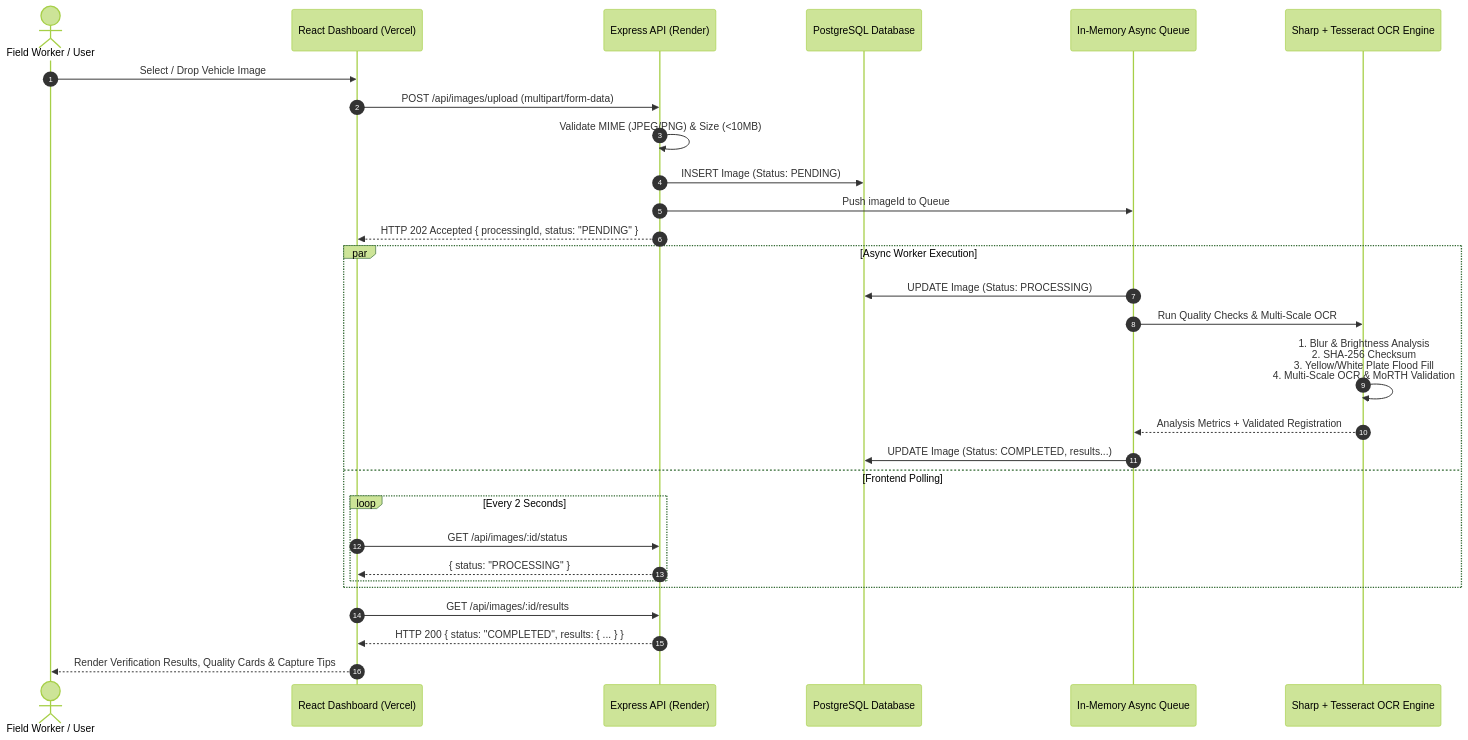
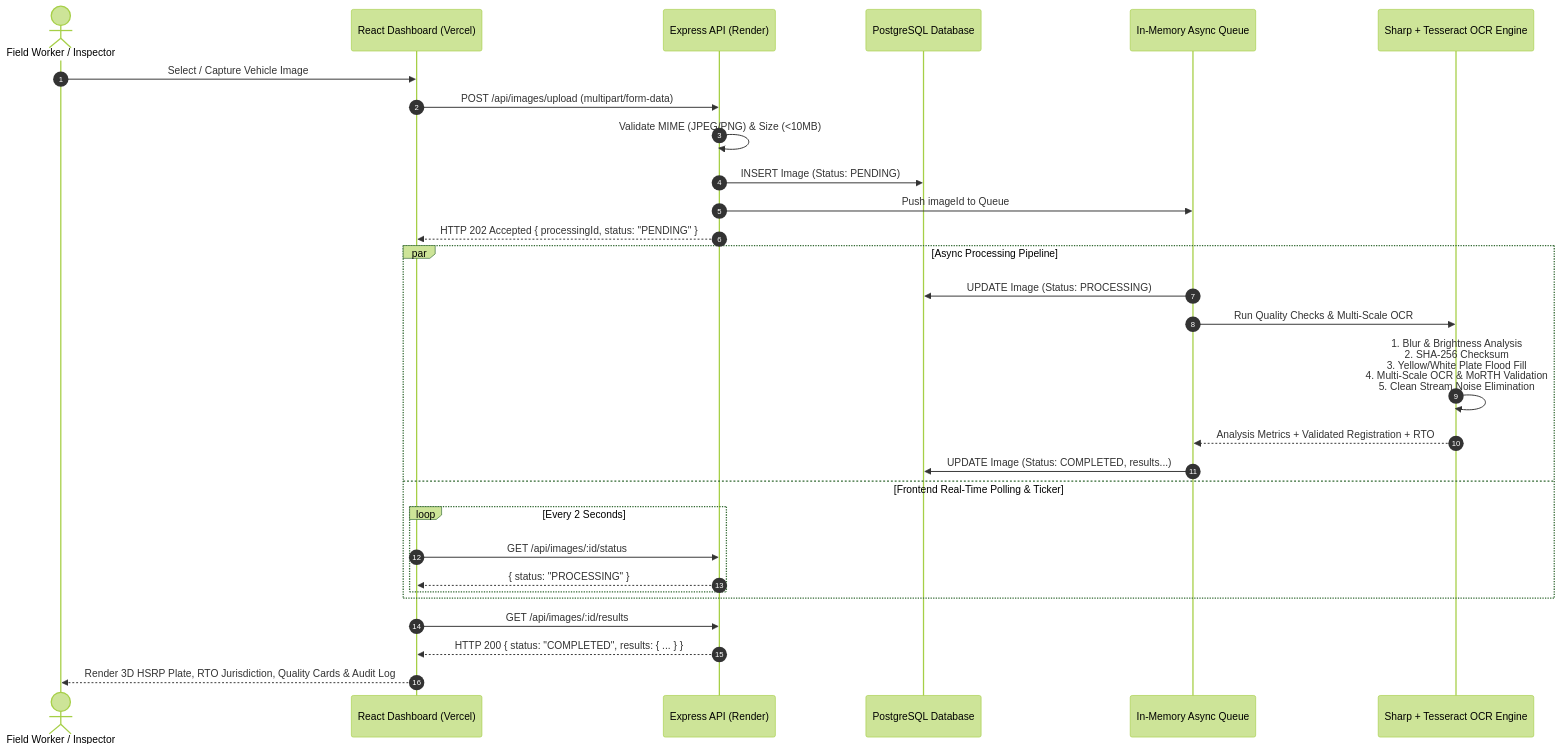
The diagram in README.md (PranathiReganti/FieldSight), drawn with Mermaid (forest theme) before and after one commit. The commit also changed other lines of this file, not shown here.

Commit message:
docs: update comprehensive README with all features, architecture, and deployment docs

````diff
--- a/README.md
+++ b/README.md
@@ -19,34 +53,34 @@
 ```mermaid
 sequenceDiagram
     autonumber
-    actor User as Field Worker / User
+    actor User as Field Worker / Inspector
     participant Frontend as React Dashboard (Vercel)
     participant API as Express API (Render)
     participant DB as PostgreSQL Database
     participant Queue as In-Memory Async Queue
     participant Engine as Sharp + Tesseract OCR Engine
 
-    User->>Frontend: Select / Drop Vehicle Image
+    User->>Frontend: Select / Capture Vehicle Image
     Frontend->>API: POST /api/images/upload (multipart/form-data)
     API->>API: Validate MIME (JPEG/PNG) & Size (<10MB)
     API->>DB: INSERT Image (Status: PENDING)
     API->>Queue: Push imageId to Queue
     API-->>Frontend: HTTP 202 Accepted { processingId, status: "PENDING" }
     
-    par Async Worker Execution
+    par Async Processing Pipeline
         Queue->>DB: UPDATE Image (Status: PROCESSING)
         Queue->>Engine: Run Quality Checks & Multi-Scale OCR
-        Engine->>Engine: 1. Blur & Brightness Analysis<br/>2. SHA-256 Checksum<br/>3. Yellow/White Plate Flood Fill<br/>4. Multi-Scale OCR & MoRTH Validation
-        Engine-->>Queue: Analysis Metrics + Validated Registration
+        Engine->>Engine: 1. Blur & Brightness Analysis<br/>2. SHA-256 Checksum<br/>3. Yellow/White Plate Flood Fill<br/>4. Multi-Scale OCR & MoRTH Validation<br/>5. Clean Stream Noise Elimination
+        Engine-->>Queue: Analysis Metrics + Validated Registration + RTO
         Queue->>DB: UPDATE Image (Status: COMPLETED, results...)
-    and Frontend Polling
+    and Frontend Real-Time Polling & Ticker
         loop Every 2 Seconds
             Frontend->>API: GET /api/images/:id/status
             API-->>Frontend: { status: "PROCESSING" }
         end
     end
     
     Frontend->>API: GET /api/images/:id/results
     API-->>Frontend: HTTP 200 { status: "COMPLETED", results: { ... } }
-    Frontend-->>User: Render Verification Results, Quality Cards & Capture Tips
+    Frontend-->>User: Render 3D HSRP Plate, RTO Jurisdiction, Quality Cards & Audit Log
 ```
````
